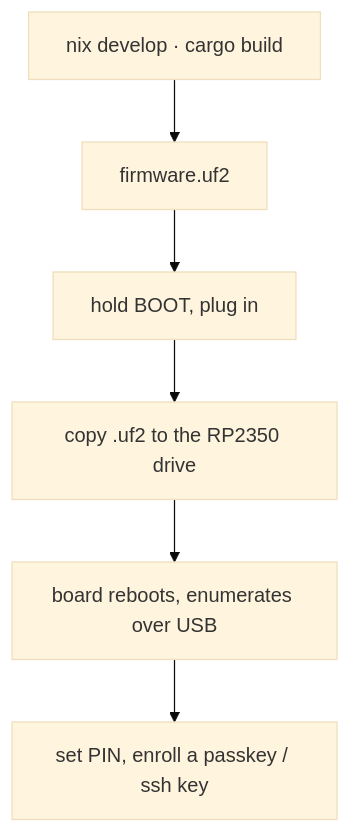
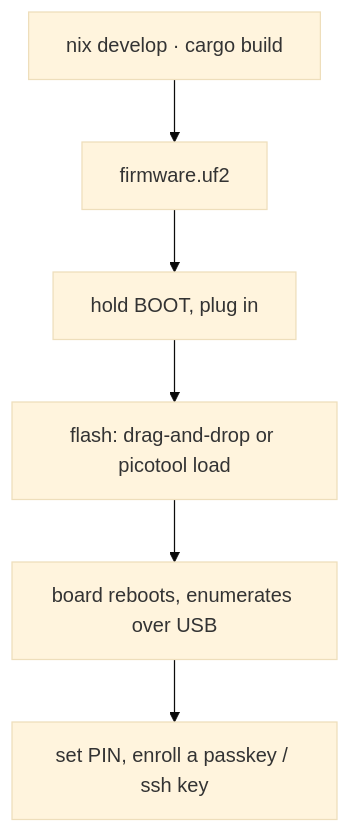
The diagram in docs/quickstart.md (lockedmutex/RS-Key), drawn with Mermaid (base theme) before and after one commit. The commit also changed other lines of this file and 4 other files, not shown here.

First line of the commit message:
docs: show `picotool load` as the robust flash path everywhere

````diff
--- a/docs/quickstart.md
+++ b/docs/quickstart.md
@@ -9,8 +9,8 @@
 ```mermaid
 flowchart TD
     a["nix develop · cargo build"] --> b["firmware.uf2"]
     b --> c["hold BOOT, plug in"]
-    c --> d["copy .uf2 to the RP2350 drive"]
+    c --> d["flash: drag-and-drop or picotool load"]
     d --> e["board reboots, enumerates over USB"]
     e --> f["set PIN, enroll a passkey / ssh key"]
 ```
````
